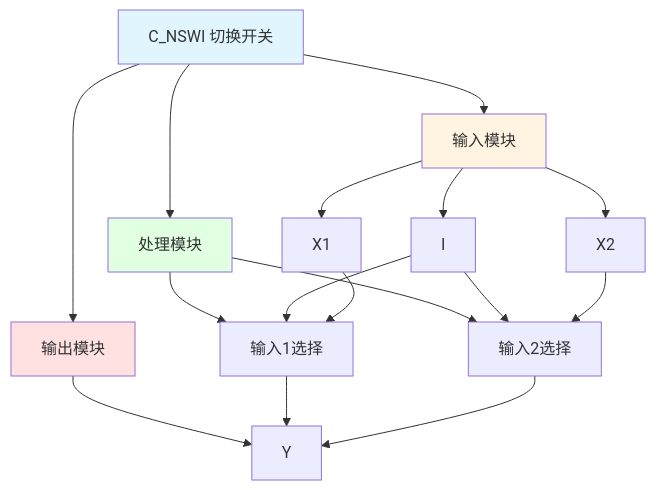
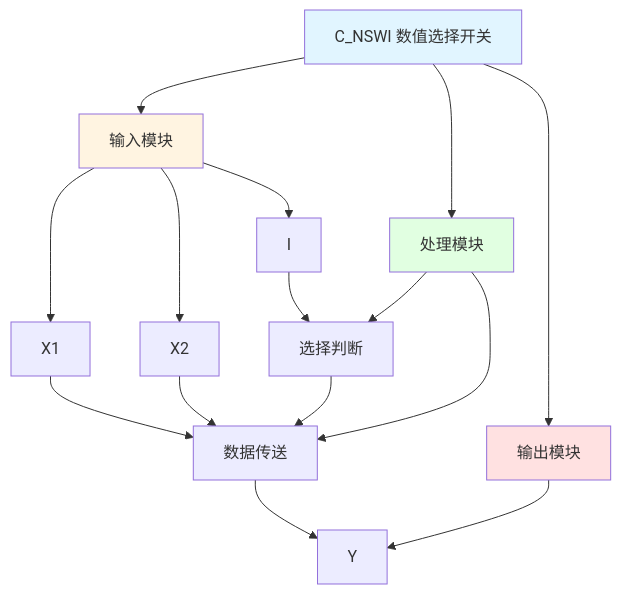
One commit to dlgt6/c changed the diagram in C_NSWI_分析报告.md. Above: the diagram before and after it, drawn with Mermaid. The commit also changed other lines of this file and 46 other files, not shown here.

````diff
--- a/C_NSWI_分析报告.md
+++ b/C_NSWI_分析报告.md
@@ -19,27 +29,26 @@
 ```mermaid
 graph TD
-    A[C_NSWI 切换开关] --> B[输入模块]
+    A[C_NSWI 数值选择开关] --> B[输入模块]
     A --> C[处理模块]
     A --> D[输出模块]
     
-    B --> B1[I]
-    B --> B2[X1]
-    B --> B3[X2]
+    B --> B1[X1]
+    B --> B2[X2]
+    B --> B3[I]
     
-    C --> C1[输入1选择]
-    C --> C2[输入2选择]
+    C --> C1[选择判断]
+    C --> C2[数据传送]
     
     D --> D1[Y]
     
-    B1 --> C1
-    B2 --> C1
+    B3 --> C1
     B1 --> C2
-    B3 --> C2
-    C1 --> D1
+    B2 --> C2
+    C1 --> C2
     C2 --> D1
     
     style A fill:#e1f5ff
     style B fill:#fff4e1
     style C fill:#e1ffe1
     style D fill:#ffe1e1
 ```
````
